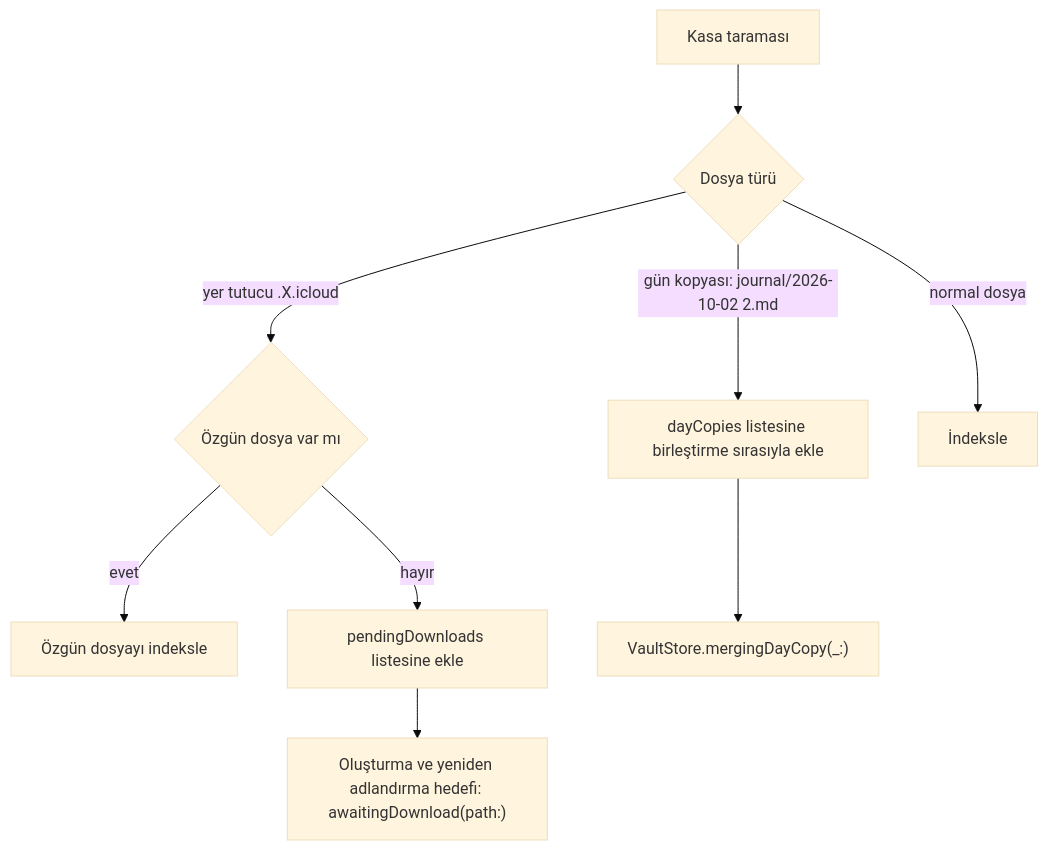
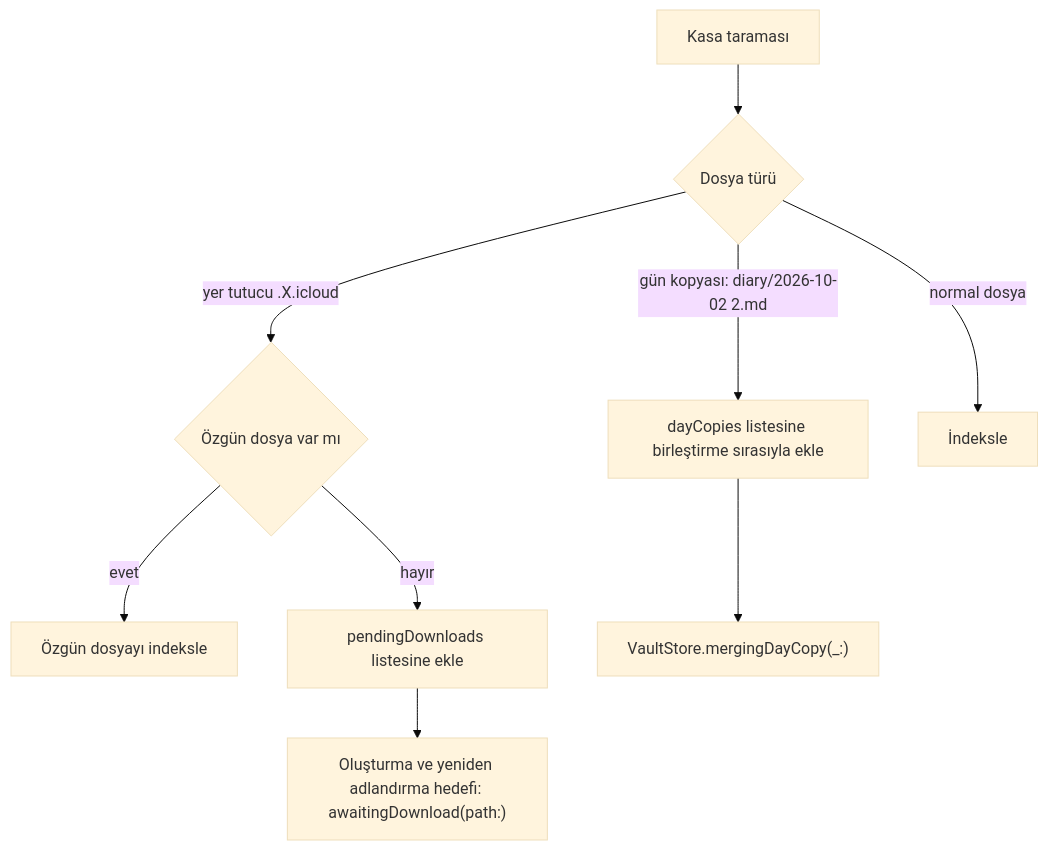
Before and after one commit to dogancanyildiz/kenet: diagram 17 of 21 in docs/architecture.md, drawn with Mermaid (base theme). The commit also changed other lines of this file and 1289 other files, not shown here.

First line of the commit message:
chore: Journal adı kalkar; Günlük Diary, kasa diary/ (#400)

````diff
--- a/docs/architecture.md
+++ b/docs/architecture.md
@@ -1065,11 +1065,11 @@
 ```mermaid
 flowchart TD
   Tarama["Kasa taraması"] --> Tur{"Dosya türü"}
   Tur -->|"yer tutucu .X.icloud"| Ozgun{"Özgün dosya var mı"}
   Ozgun -->|"evet"| Kullan["Özgün dosyayı indeksle"]
   Ozgun -->|"hayır"| Bekleyen["pendingDownloads listesine ekle"]
-  Tur -->|"gün kopyası: journal/2026-10-02 2.md"| Kopya["dayCopies listesine birleştirme sırasıyla ekle"]
+  Tur -->|"gün kopyası: diary/2026-10-02 2.md"| Kopya["dayCopies listesine birleştirme sırasıyla ekle"]
   Tur -->|"normal dosya"| Indeksle["İndeksle"]
   Bekleyen --> Ret["Oluşturma ve yeniden adlandırma hedefi: awaitingDownload(path:)"]
   Kopya --> Birlestir["VaultStore.mergingDayCopy(_:)"]
 ```
````
